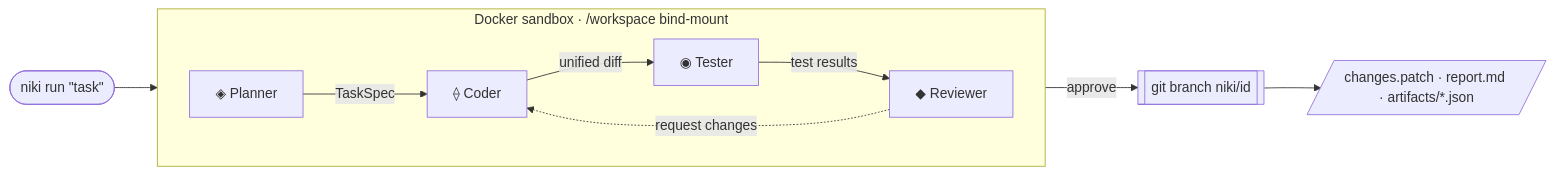
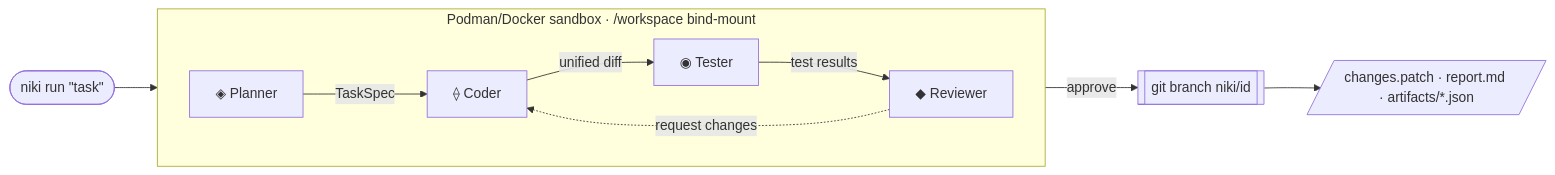
The diagram in README.md (RavaniRoshan/niki), drawn with Mermaid before and after one commit. The commit also changed other lines of this file and 11 other files, not shown here.

````diff
--- a/README.md
+++ b/README.md
@@ -88,15 +90,15 @@
 ```mermaid
 flowchart LR
     U([niki run &quot;task&quot;]) --> P
 
-    subgraph Sandbox [ Docker sandbox · /workspace bind-mount ]
+    subgraph Sandbox [ Podman/Docker sandbox · /workspace bind-mount ]
         direction LR
         P[◈ Planner] -->|TaskSpec| C[⟠ Coder]
         C -->|unified diff| T[◉ Tester]
         T -->|test results| R[◆ Reviewer]
         R -.->|request changes| C
     end
 
     R -->|approve| G[[git branch niki/id]]
     G --> A[/changes.patch · report.md · artifacts/*.json/]
 ```
````
